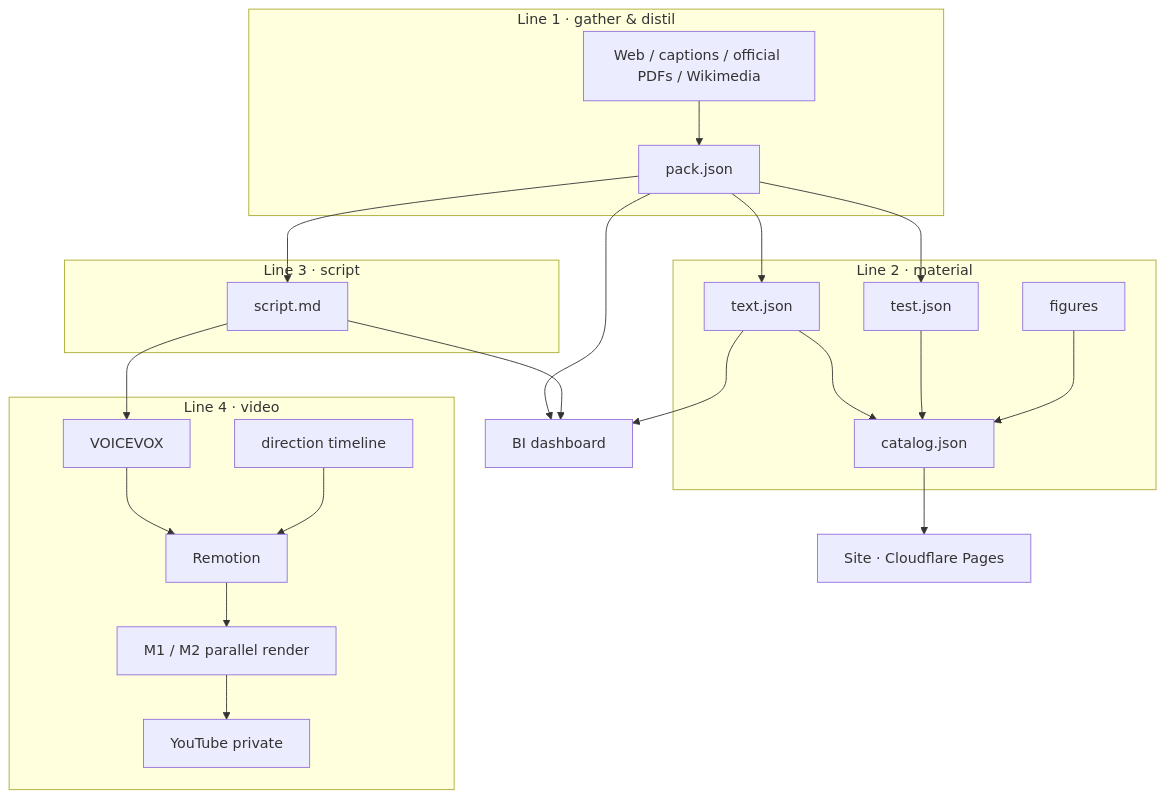
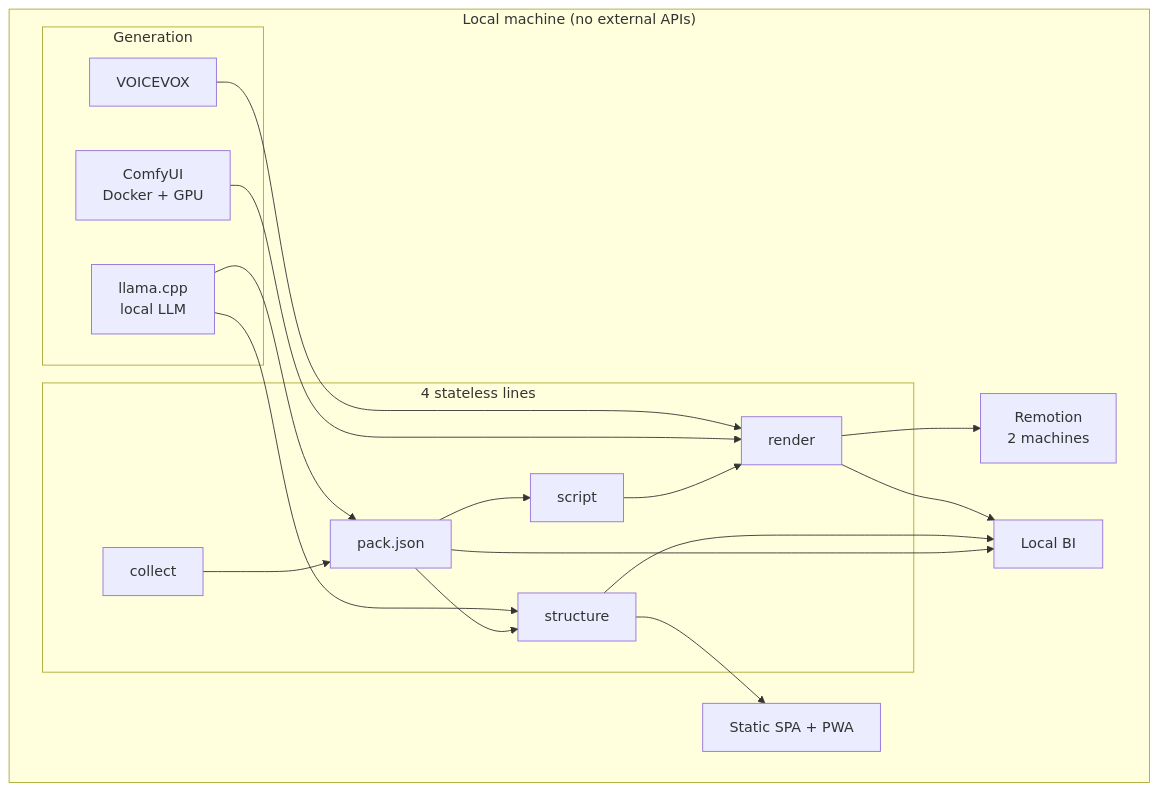
Before and after one commit to RintaroMatsumoto/ai-production-line: the diagram in README.en.md, drawn with Mermaid. The commit also changed other lines of this file and 12 other files, not shown here.

````diff
--- a/README.en.md
+++ b/README.en.md
@@ -73,28 +74,28 @@
 ```mermaid
 flowchart TB
-  subgraph L1["Line 1 · gather & distil"]
-    A1["Web / captions / official PDFs / Wikimedia"] --> A2["pack.json"]
+  subgraph LOCAL["Local machine (no external APIs)"]
+    subgraph GEN["Generation"]
+      C["ComfyUI<br/>Docker + GPU"]
+      L["llama.cpp<br/>local LLM"]
+      V["VOICEVOX"]
+    end
+    subgraph LINES["4 stateless lines"]
+      A1["collect"] --> A2["pack.json"]
+      A2 --> B1["structure"]
+      A2 --> C1["script"]
+      C1 --> D1["render"]
+    end
+    R["Remotion<br/>2 machines"]
+    S["Static SPA + PWA"]
+    BI["Local BI"]
   end
-  subgraph L2["Line 2 · material"]
-    B1["text.json"] --> B3["catalog.json"]
-    B2["test.json"] --> B3
-    B4["figures"] --> B3
-  end
-  subgraph L3["Line 3 · script"]
-    C1["script.md"]
-  end
-  subgraph L4["Line 4 · video"]
-    D1["VOICEVOX"] --> D3["Remotion"]
-    D2["direction timeline"] --> D3
-    D3 --> D4["M1 / M2 parallel render"]
-    D4 --> D5["YouTube private"]
-  end
-  A2 --> B1
-  A2 --> B2
-  A2 --> C1
-  C1 --> D1
-  B3 --> S["Site · Cloudflare Pages"]
-  A2 --> BI["BI dashboard"]
+  C --> D1
+  L --> A2
+  L --> B1
+  V --> D1
+  D1 --> R
+  B1 --> S
+  A2 --> BI
   B1 --> BI
-  C1 --> BI
+  D1 --> BI
 ```
````
